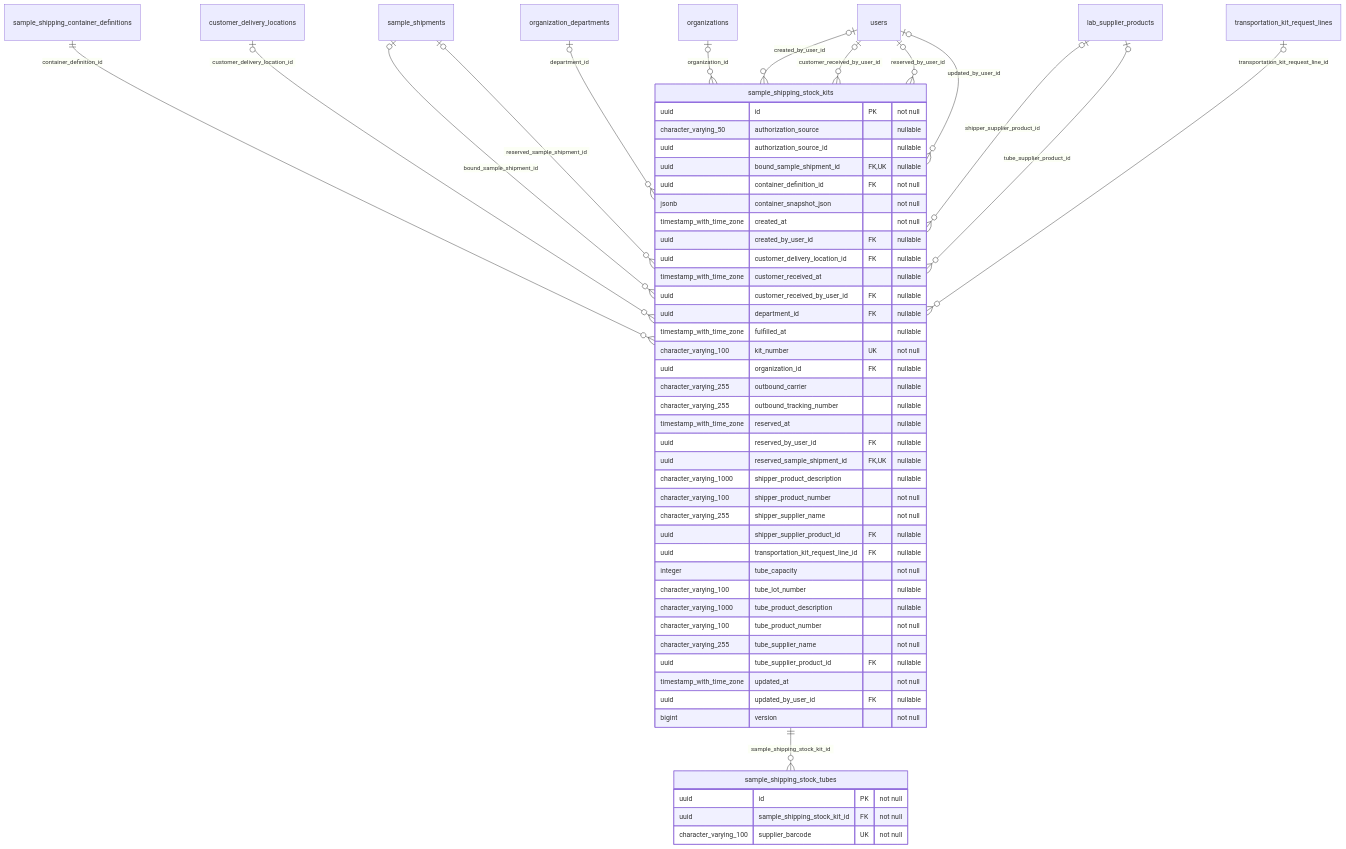
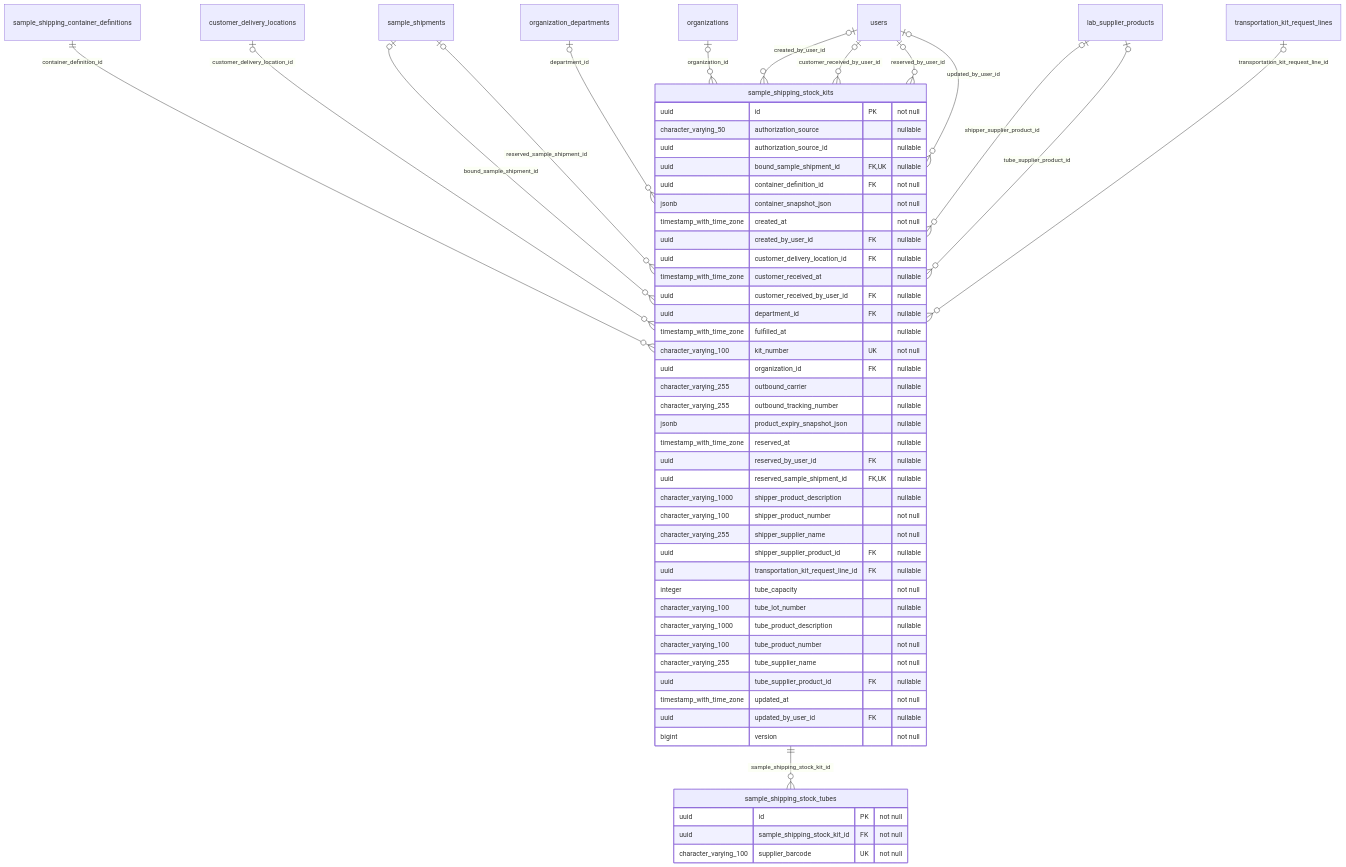
Before and after one commit to behaack/phaeno-ops-mgmt-system: diagram 14 of 32 in docs/database-erd.md, drawn with Mermaid. The commit also changed other lines of this file and 144 other files, not shown here.

````diff
--- a/docs/database-erd.md
+++ b/docs/database-erd.md
@@ -1883,58 +1885,59 @@
 ```mermaid
 erDiagram
     sample_shipping_stock_kits {
         uuid id PK "not null"
         character_varying_50 authorization_source "nullable"
         uuid authorization_source_id "nullable"
         uuid bound_sample_shipment_id FK,UK "nullable"
         uuid container_definition_id FK "not null"
         jsonb container_snapshot_json "not null"
         timestamp_with_time_zone created_at "not null"
         uuid created_by_user_id FK "nullable"
         uuid customer_delivery_location_id FK "nullable"
         timestamp_with_time_zone customer_received_at "nullable"
         uuid customer_received_by_user_id FK "nullable"
         uuid department_id FK "nullable"
         timestamp_with_time_zone fulfilled_at "nullable"
         character_varying_100 kit_number UK "not null"
         uuid organization_id FK "nullable"
         character_varying_255 outbound_carrier "nullable"
         character_varying_255 outbound_tracking_number "nullable"
+        jsonb product_expiry_snapshot_json "nullable"
         timestamp_with_time_zone reserved_at "nullable"
         uuid reserved_by_user_id FK "nullable"
         uuid reserved_sample_shipment_id FK,UK "nullable"
         character_varying_1000 shipper_product_description "nullable"
         character_varying_100 shipper_product_number "not null"
         character_varying_255 shipper_supplier_name "not null"
         uuid shipper_supplier_product_id FK "nullable"
         uuid transportation_kit_request_line_id FK "nullable"
         integer tube_capacity "not null"
         character_varying_100 tube_lot_number "nullable"
         character_varying_1000 tube_product_description "nullable"
         character_varying_100 tube_product_number "not null"
         character_varying_255 tube_supplier_name "not null"
         uuid tube_supplier_product_id FK "nullable"
         timestamp_with_time_zone updated_at "not null"
         uuid updated_by_user_id FK "nullable"
         bigint version "not null"
     }
     sample_shipping_stock_tubes {
         uuid id PK "not null"
         uuid sample_shipping_stock_kit_id FK "not null"
         character_varying_100 supplier_barcode UK "not null"
     }
     sample_shipments o|--o{ sample_shipping_stock_kits : "bound_sample_shipment_id"
     sample_shipping_container_definitions ||--o{ sample_shipping_stock_kits : "container_definition_id"
     users o|--o{ sample_shipping_stock_kits : "created_by_user_id"
     customer_delivery_locations o|--o{ sample_shipping_stock_kits : "customer_delivery_location_id"
     users o|--o{ sample_shipping_stock_kits : "customer_received_by_user_id"
     organization_departments o|--o{ sample_shipping_stock_kits : "department_id"
     organizations o|--o{ sample_shipping_stock_kits : "organization_id"
     users o|--o{ sample_shipping_stock_kits : "reserved_by_user_id"
     sample_shipments o|--o{ sample_shipping_stock_kits : "reserved_sample_shipment_id"
     lab_supplier_products o|--o{ sample_shipping_stock_kits : "shipper_supplier_product_id"
     transportation_kit_request_lines o|--o{ sample_shipping_stock_kits : "transportation_kit_request_line_id"
     lab_supplier_products o|--o{ sample_shipping_stock_kits : "tube_supplier_product_id"
     users o|--o{ sample_shipping_stock_kits : "updated_by_user_id"
     sample_shipping_stock_kits ||--o{ sample_shipping_stock_tubes : "sample_shipping_stock_kit_id"
 ```
````
